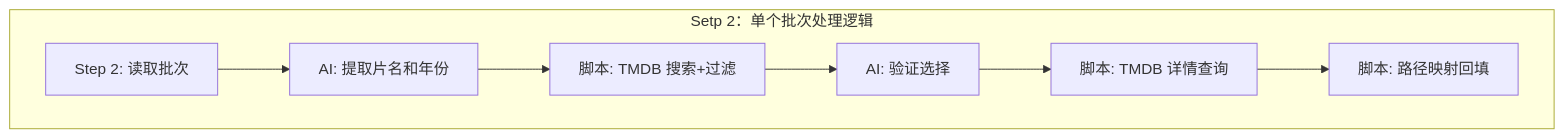
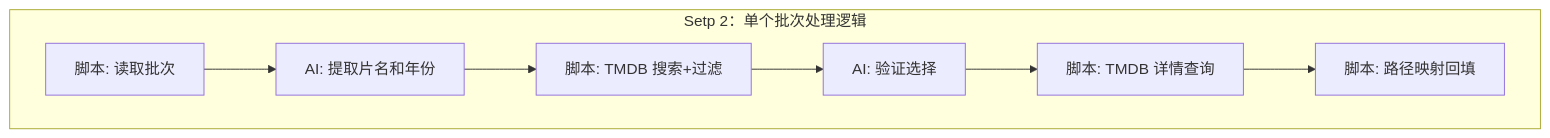
One commit to zengge96/tmdb-scrape changed the second of 2 diagrams in SKILL.md. Above: the diagram before and after it, drawn with Mermaid.

````diff
--- a/SKILL.md
+++ b/SKILL.md
@@ -20,10 +20,10 @@
 ```mermaid
 graph TD
 subgraph "Setp 2：单个批次处理逻辑"
-C1[Step 2: 读取批次] --> C2[AI: 提取片名和年份]
+C1[脚本: 读取批次] --> C2[AI: 提取片名和年份]
 C2 --> C3[脚本: TMDB 搜索+过滤]
 C3 --> C4[AI: 验证选择]
 C4 --> C5[脚本: TMDB 详情查询]
 C5 --> C6[脚本: 路径映射回填]
 end
 ```
````
